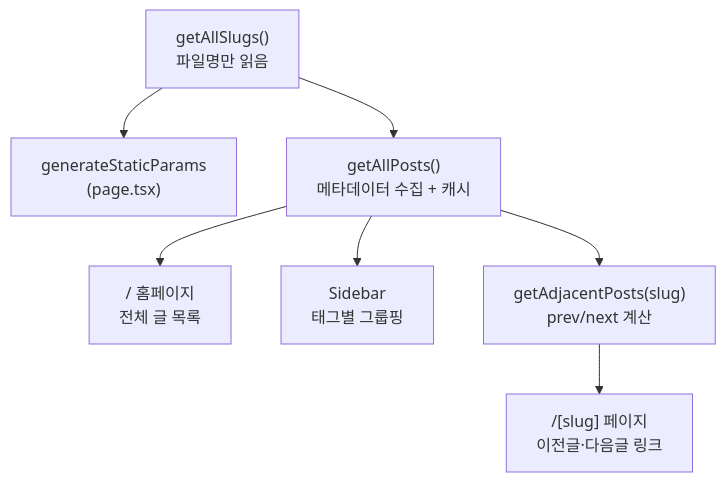
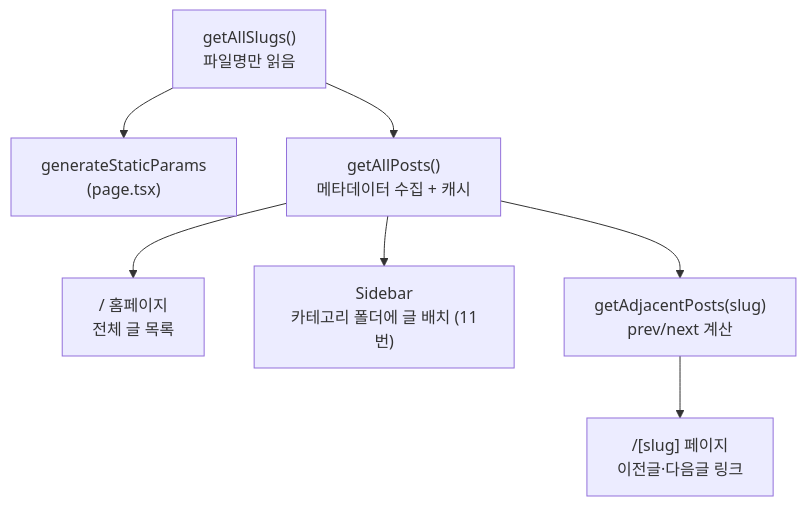
The fifth of 13 diagrams in docs/architecture.md (jeongho3786/myblog), drawn with Mermaid before and after one commit. The commit also changed other lines of this file and 2 other files, not shown here.

Commit message:
docs: 카테고리 작업 문서 업데이트

````diff
--- a/docs/architecture.md
+++ b/docs/architecture.md
@@ -68,11 +68,11 @@
 ```mermaid
 flowchart TD
     getAllSlugs["getAllSlugs()<br/>파일명만 읽음"] --> genParams["generateStaticParams<br/>(page.tsx)"]
     getAllSlugs --> getAllPosts["getAllPosts()<br/>메타데이터 수집 + 캐시"]
 
     getAllPosts --> Home["/ 홈페이지<br/>전체 글 목록"]
-    getAllPosts --> Sidebar["Sidebar<br/>태그별 그룹핑"]
+    getAllPosts --> Sidebar["Sidebar<br/>카테고리 폴더에 글 배치 (11번)"]
     getAllPosts --> getAdjacent["getAdjacentPosts(slug)<br/>prev/next 계산"]
 
     getAdjacent --> PostPage["/[slug] 페이지<br/>이전글·다음글 링크"]
 ```
````
